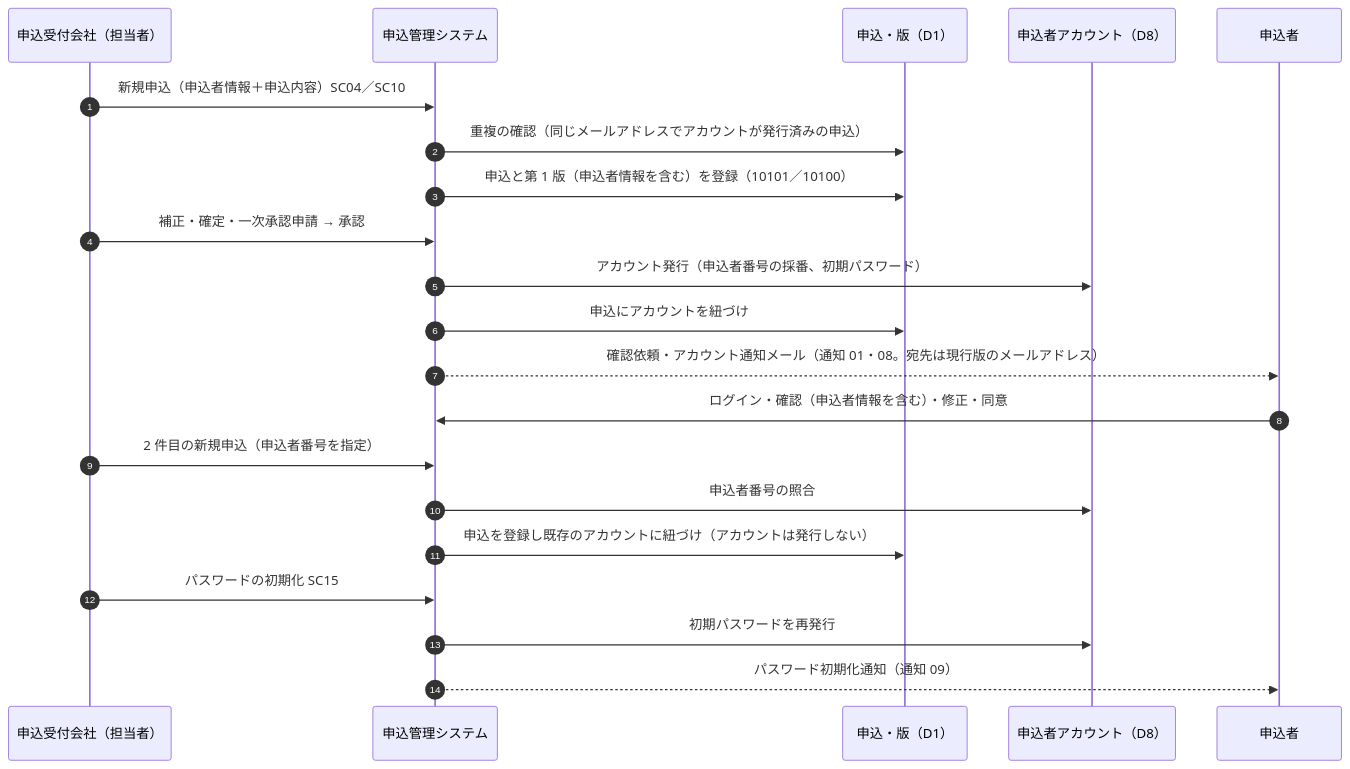
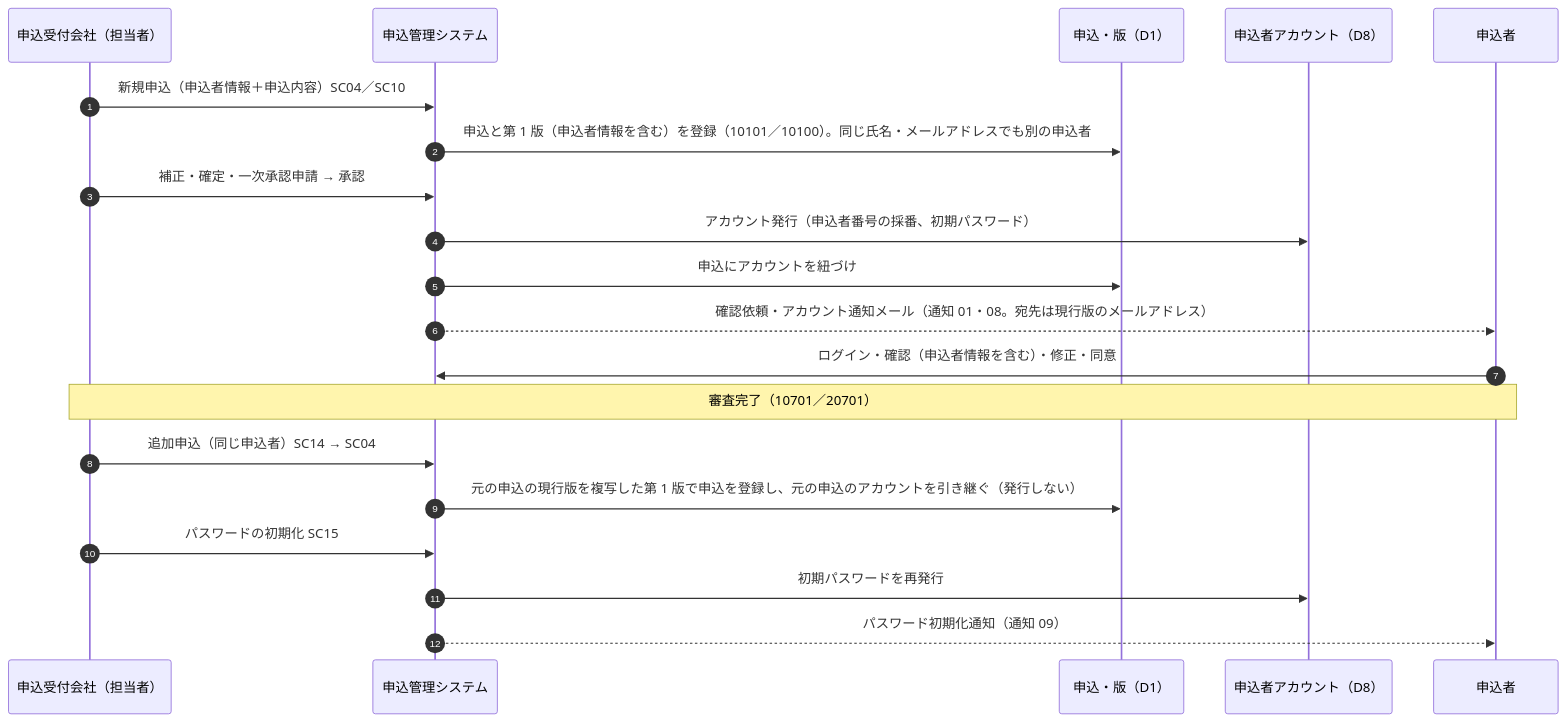
The second of 2 diagrams in docs/basic-design/05-data-flow.md (yasudaProduct/JavaServletSample2), drawn with Mermaid before and after one commit. The commit also changed other lines of this file and 28 other files, not shown here.

````diff
--- a/docs/basic-design/05-data-flow.md
+++ b/docs/basic-design/05-data-flow.md
@@ -105,23 +105,22 @@
 ```mermaid
 sequenceDiagram
     autonumber
     participant EMP as 申込受付会社（担当者）
     participant SYS as 申込管理システム
     participant D1 as 申込・版（D1）
     participant D8 as 申込者アカウント（D8）
     participant APP as 申込者
     EMP->>SYS: 新規申込（申込者情報＋申込内容）SC04／SC10
-    SYS->>D1: 重複の確認（同じメールアドレスでアカウントが発行済みの申込）
-    SYS->>D1: 申込と第 1 版（申込者情報を含む）を登録（10101／10100）
+    SYS->>D1: 申込と第 1 版（申込者情報を含む）を登録（10101／10100）。同じ氏名・メールアドレスでも別の申込者
     EMP->>SYS: 補正・確定・一次承認申請 → 承認
     SYS->>D8: アカウント発行（申込者番号の採番、初期パスワード）
     SYS->>D1: 申込にアカウントを紐づけ
     SYS-->>APP: 確認依頼・アカウント通知メール（通知 01・08。宛先は現行版のメールアドレス）
     APP->>SYS: ログイン・確認（申込者情報を含む）・修正・同意
-    EMP->>SYS: 2 件目の新規申込（申込者番号を指定）
-    SYS->>D8: 申込者番号の照合
-    SYS->>D1: 申込を登録し既存のアカウントに紐づけ（アカウントは発行しない）
+    Note over EMP,APP: 審査完了（10701／20701）
+    EMP->>SYS: 追加申込（同じ申込者）SC14 → SC04
+    SYS->>D1: 元の申込の現行版を複写した第 1 版で申込を登録し、元の申込のアカウントを引き継ぐ（発行しない）
     EMP->>SYS: パスワードの初期化 SC15
     SYS->>D8: 初期パスワードを再発行
     SYS-->>APP: パスワード初期化通知（通知 09）
 ```
````
